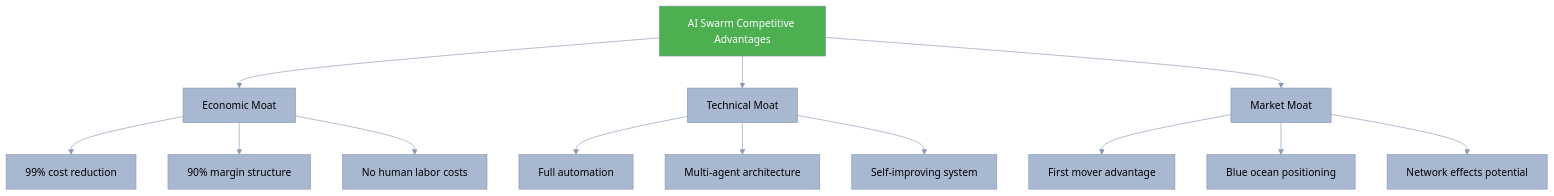
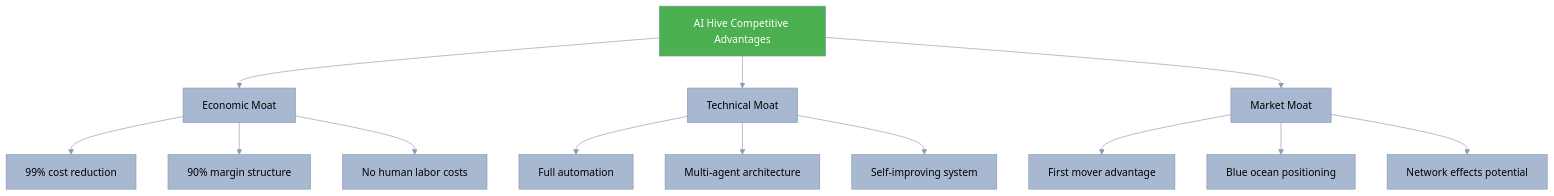
One commit to o2alexanderfedin/AI-Hive-Business-Docs changed diagram 17 of 18 in business-documents/competitive-positioning/02-competitive-landscape.md. Above: the diagram before and after it, drawn with Mermaid. The commit also changed other lines of this file and 22 other files, not shown here.

First line of the commit message:
Replace all references from 'AI Swarm' to 'AI Hive' across project

````diff
--- a/business-documents/competitive-positioning/02-competitive-landscape.md
+++ b/business-documents/competitive-positioning/02-competitive-landscape.md
@@ -892,32 +892,32 @@
 ```mermaid
 %%{init: {
   'theme': 'base',
   'themeVariables': {
     'primaryColor': '#A8B8D0',
     'primaryTextColor': '#000000',
     'primaryBorderColor': '#8A9AB2',
     'lineColor': '#8A9AB2',
     'secondaryColor': '#5DBCB6',
     'tertiaryColor': '#84D4F5',
     'background': '#F5F5F5'
   }
 }}%%
 graph TD
-    A[AI Swarm Competitive Advantages] --> B[Economic Moat]
+    A[AI Hive Competitive Advantages] --> B[Economic Moat]
     A --> C[Technical Moat]
     A --> D[Market Moat]
 
     B --> B1[99% cost reduction]
     B --> B2[90% margin structure]
     B --> B3[No human labor costs]
 
     C --> C1[Full automation]
     C --> C2[Multi-agent architecture]
     C --> C3[Self-improving system]
 
     D --> D1[First mover advantage]
     D --> D2[Blue ocean positioning]
     D --> D3[Network effects potential]
 
     style A fill:#4CAF50,color:#fff
 ```
````
